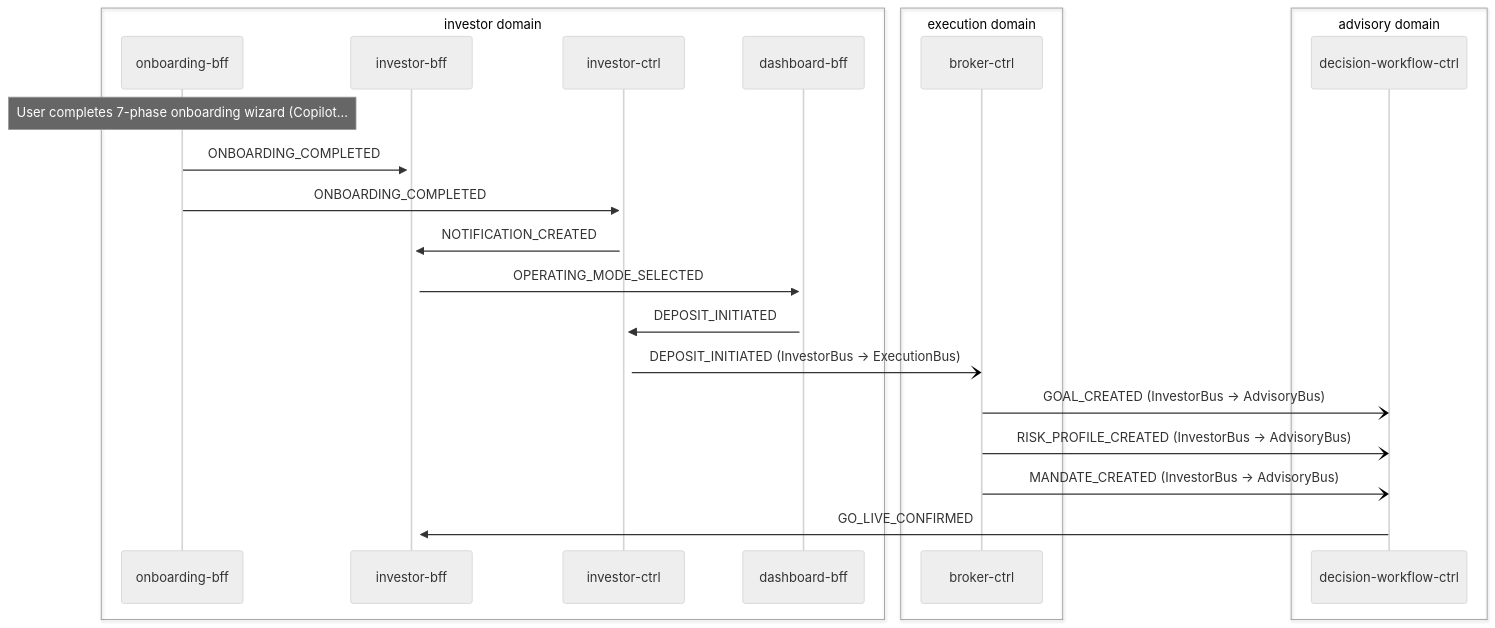
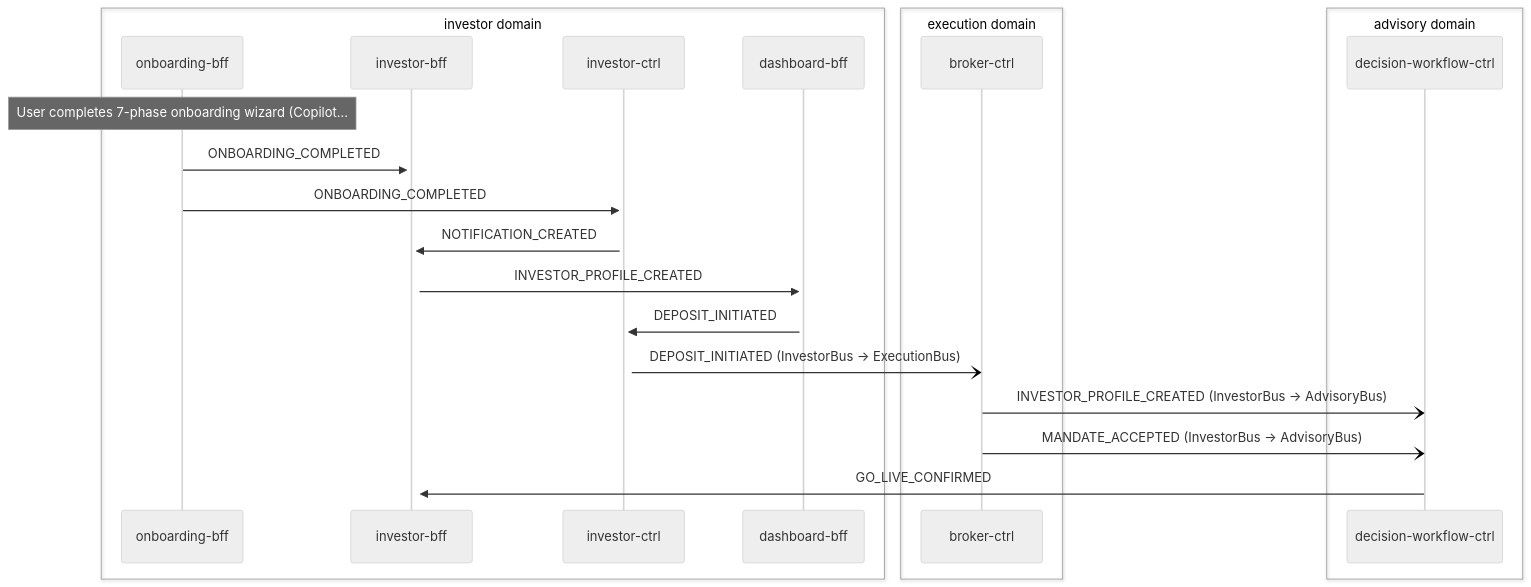
One commit to fabio-vitali/nestfolio changed the second of 2 diagrams in docs/data-flows/investor-onboarding.md. Above: the diagram before and after it, drawn with Mermaid (neutral theme). The commit also changed other lines of this file and 21 other files, not shown here.

First line of the commit message:
docs: regen flow markdown + C4 diagrams for InvestorProfile collapse

````diff
--- a/docs/data-flows/investor-onboarding.md
+++ b/docs/data-flows/investor-onboarding.md
@@ -33,26 +33,25 @@
 ```mermaid
 sequenceDiagram
     box investor domain
         participant onboarding_bff as onboarding-bff
         participant investor_bff as investor-bff
         participant investor_ctrl as investor-ctrl
         participant dashboard_bff as dashboard-bff
     end
     box execution domain
         participant broker_ctrl as broker-ctrl
     end
     box advisory domain
         participant decision_workflow_ctrl as decision-workflow-ctrl
     end
     Note over onboarding_bff: User completes 7-phase onboarding wizard (Copilot…
     onboarding_bff->>+investor_bff: ONBOARDING_COMPLETED
     onboarding_bff->>+investor_ctrl: ONBOARDING_COMPLETED
     investor_ctrl->>+investor_bff: NOTIFICATION_CREATED
-    investor_bff->>+dashboard_bff: OPERATING_MODE_SELECTED
+    investor_bff->>+dashboard_bff: INVESTOR_PROFILE_CREATED
     dashboard_bff->>+investor_ctrl: DEPOSIT_INITIATED
     investor_ctrl-)broker_ctrl: DEPOSIT_INITIATED (InvestorBus → ExecutionBus)
-    broker_ctrl-)decision_workflow_ctrl: GOAL_CREATED (InvestorBus → AdvisoryBus)
-    broker_ctrl-)decision_workflow_ctrl: RISK_PROFILE_CREATED (InvestorBus → AdvisoryBus)
-    broker_ctrl-)decision_workflow_ctrl: MANDATE_CREATED (InvestorBus → AdvisoryBus)
+    broker_ctrl-)decision_workflow_ctrl: INVESTOR_PROFILE_CREATED (InvestorBus → AdvisoryBus)
+    broker_ctrl-)decision_workflow_ctrl: MANDATE_ACCEPTED (InvestorBus → AdvisoryBus)
     decision_workflow_ctrl->>+investor_bff: GO_LIVE_CONFIRMED
 ```
````
